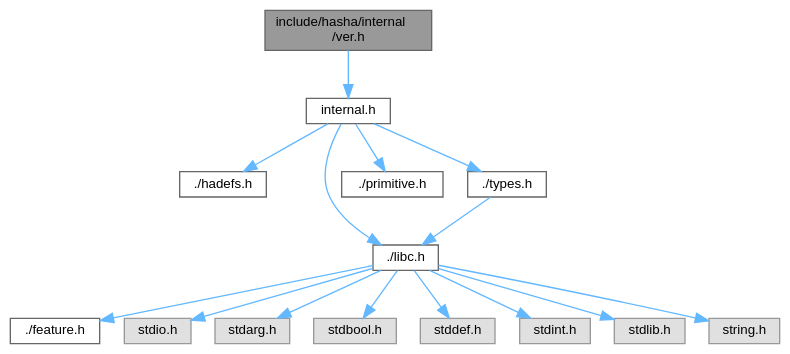
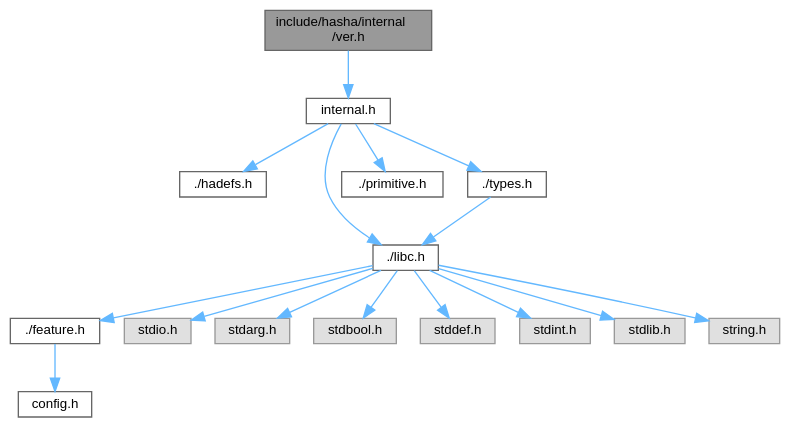
Before and after one commit to reslaid32/hasha: the diagram in docs/dc/dd5/ver_8h__incl.dot, drawn with Graphviz. The commit also changed 169 other files, not shown here.

```diff
--- a/docs/dc/dd5/ver_8h__incl.dot
+++ b/docs/dc/dd5/ver_8h__incl.dot
@@ -1,35 +1,37 @@
 digraph "include/hasha/internal/ver.h"
 {
  // LATEX_PDF_SIZE
   bgcolor="transparent";
   edge [fontname=Helvetica,fontsize=10,labelfontname=Helvetica,labelfontsize=10];
   node [fontname=Helvetica,fontsize=10,shape=box,height=0.2,width=0.4];
   Node1 [id="Node000001",label="include/hasha/internal\l/ver.h",height=0.2,width=0.4,color="gray40", fillcolor="grey60", style="filled", fontcolor="black",tooltip=" "];
   Node1 -> Node2 [id="edge1_Node000001_Node000002",color="steelblue1",style="solid",tooltip=" "];
   Node2 [id="Node000002",label="internal.h",height=0.2,width=0.4,color="grey40", fillcolor="white", style="filled",URL="$db/dde/internal_8h.html",tooltip=" "];
   Node2 -> Node3 [id="edge2_Node000002_Node000003",color="steelblue1",style="solid",tooltip=" "];
   Node3 [id="Node000003",label="./hadefs.h",height=0.2,width=0.4,color="grey40", fillcolor="white", style="filled",URL="$d5/d5e/hadefs_8h.html",tooltip=" "];
   Node2 -> Node4 [id="edge3_Node000002_Node000004",color="steelblue1",style="solid",tooltip=" "];
   Node4 [id="Node000004",label="./libc.h",height=0.2,width=0.4,color="grey40", fillcolor="white", style="filled",URL="$db/dc8/libc_8h.html",tooltip=" "];
   Node4 -> Node5 [id="edge4_Node000004_Node000005",color="steelblue1",style="solid",tooltip=" "];
   Node5 [id="Node000005",label="./feature.h",height=0.2,width=0.4,color="grey40", fillcolor="white", style="filled",URL="$d2/d74/feature_8h.html",tooltip=" "];
-  Node4 -> Node6 [id="edge5_Node000004_Node000006",color="steelblue1",style="solid",tooltip=" "];
-  Node6 [id="Node000006",label="stdio.h",height=0.2,width=0.4,color="grey60", fillcolor="#E0E0E0", style="filled",tooltip=" "];
+  Node5 -> Node6 [id="edge5_Node000005_Node000006",color="steelblue1",style="solid",tooltip=" "];
+  Node6 [id="Node000006",label="config.h",height=0.2,width=0.4,color="grey40", fillcolor="white", style="filled",URL="$db/d16/config_8h.html",tooltip=" "];
   Node4 -> Node7 [id="edge6_Node000004_Node000007",color="steelblue1",style="solid",tooltip=" "];
-  Node7 [id="Node000007",label="stdarg.h",height=0.2,width=0.4,color="grey60", fillcolor="#E0E0E0", style="filled",tooltip=" "];
+  Node7 [id="Node000007",label="stdio.h",height=0.2,width=0.4,color="grey60", fillcolor="#E0E0E0", style="filled",tooltip=" "];
   Node4 -> Node8 [id="edge7_Node000004_Node000008",color="steelblue1",style="solid",tooltip=" "];
-  Node8 [id="Node000008",label="stdbool.h",height=0.2,width=0.4,color="grey60", fillcolor="#E0E0E0", style="filled",tooltip=" "];
+  Node8 [id="Node000008",label="stdarg.h",height=0.2,width=0.4,color="grey60", fillcolor="#E0E0E0", style="filled",tooltip=" "];
   Node4 -> Node9 [id="edge8_Node000004_Node000009",color="steelblue1",style="solid",tooltip=" "];
-  Node9 [id="Node000009",label="stddef.h",height=0.2,width=0.4,color="grey60", fillcolor="#E0E0E0", style="filled",tooltip=" "];
+  Node9 [id="Node000009",label="stdbool.h",height=0.2,width=0.4,color="grey60", fillcolor="#E0E0E0", style="filled",tooltip=" "];
   Node4 -> Node10 [id="edge9_Node000004_Node000010",color="steelblue1",style="solid",tooltip=" "];
-  Node10 [id="Node000010",label="stdint.h",height=0.2,width=0.4,color="grey60", fillcolor="#E0E0E0", style="filled",tooltip=" "];
+  Node10 [id="Node000010",label="stddef.h",height=0.2,width=0.4,color="grey60", fillcolor="#E0E0E0", style="filled",tooltip=" "];
   Node4 -> Node11 [id="edge10_Node000004_Node000011",color="steelblue1",style="solid",tooltip=" "];
-  Node11 [id="Node000011",label="stdlib.h",height=0.2,width=0.4,color="grey60", fillcolor="#E0E0E0", style="filled",tooltip=" "];
+  Node11 [id="Node000011",label="stdint.h",height=0.2,width=0.4,color="grey60", fillcolor="#E0E0E0", style="filled",tooltip=" "];
   Node4 -> Node12 [id="edge11_Node000004_Node000012",color="steelblue1",style="solid",tooltip=" "];
-  Node12 [id="Node000012",label="string.h",height=0.2,width=0.4,color="grey60", fillcolor="#E0E0E0", style="filled",tooltip=" "];
-  Node2 -> Node13 [id="edge12_Node000002_Node000013",color="steelblue1",style="solid",tooltip=" "];
-  Node13 [id="Node000013",label="./primitive.h",height=0.2,width=0.4,color="grey40", fillcolor="white", style="filled",URL="$d1/d71/primitive_8h.html",tooltip=" "];
+  Node12 [id="Node000012",label="stdlib.h",height=0.2,width=0.4,color="grey60", fillcolor="#E0E0E0", style="filled",tooltip=" "];
+  Node4 -> Node13 [id="edge12_Node000004_Node000013",color="steelblue1",style="solid",tooltip=" "];
+  Node13 [id="Node000013",label="string.h",height=0.2,width=0.4,color="grey60", fillcolor="#E0E0E0", style="filled",tooltip=" "];
   Node2 -> Node14 [id="edge13_Node000002_Node000014",color="steelblue1",style="solid",tooltip=" "];
-  Node14 [id="Node000014",label="./types.h",height=0.2,width=0.4,color="grey40", fillcolor="white", style="filled",URL="$d9/d49/types_8h.html",tooltip=" "];
-  Node14 -> Node4 [id="edge14_Node000014_Node000004",color="steelblue1",style="solid",tooltip=" "];
+  Node14 [id="Node000014",label="./primitive.h",height=0.2,width=0.4,color="grey40", fillcolor="white", style="filled",URL="$d1/d71/primitive_8h.html",tooltip=" "];
+  Node2 -> Node15 [id="edge14_Node000002_Node000015",color="steelblue1",style="solid",tooltip=" "];
+  Node15 [id="Node000015",label="./types.h",height=0.2,width=0.4,color="grey40", fillcolor="white", style="filled",URL="$d9/d49/types_8h.html",tooltip=" "];
+  Node15 -> Node4 [id="edge15_Node000015_Node000004",color="steelblue1",style="solid",tooltip=" "];
 }
```
